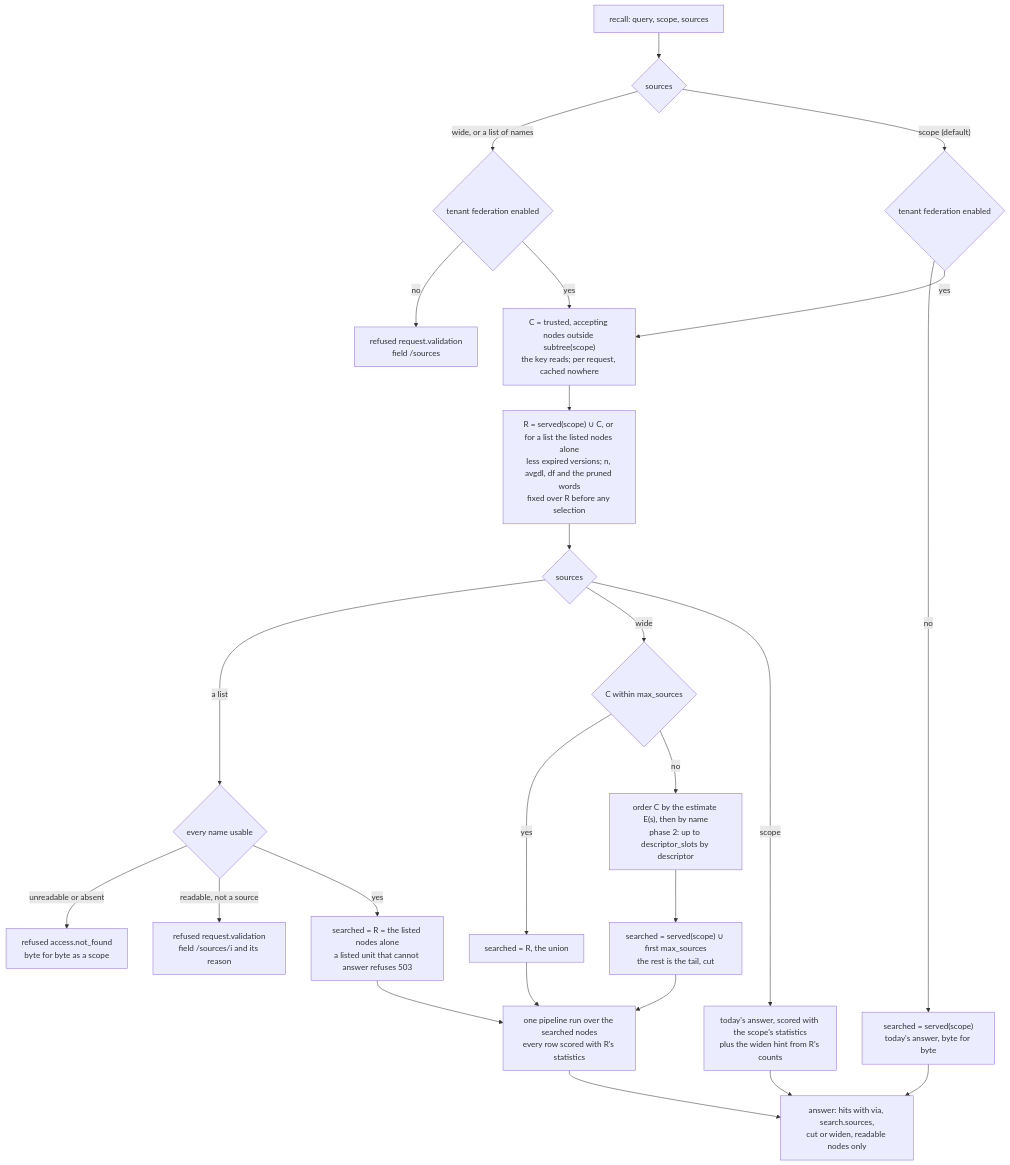
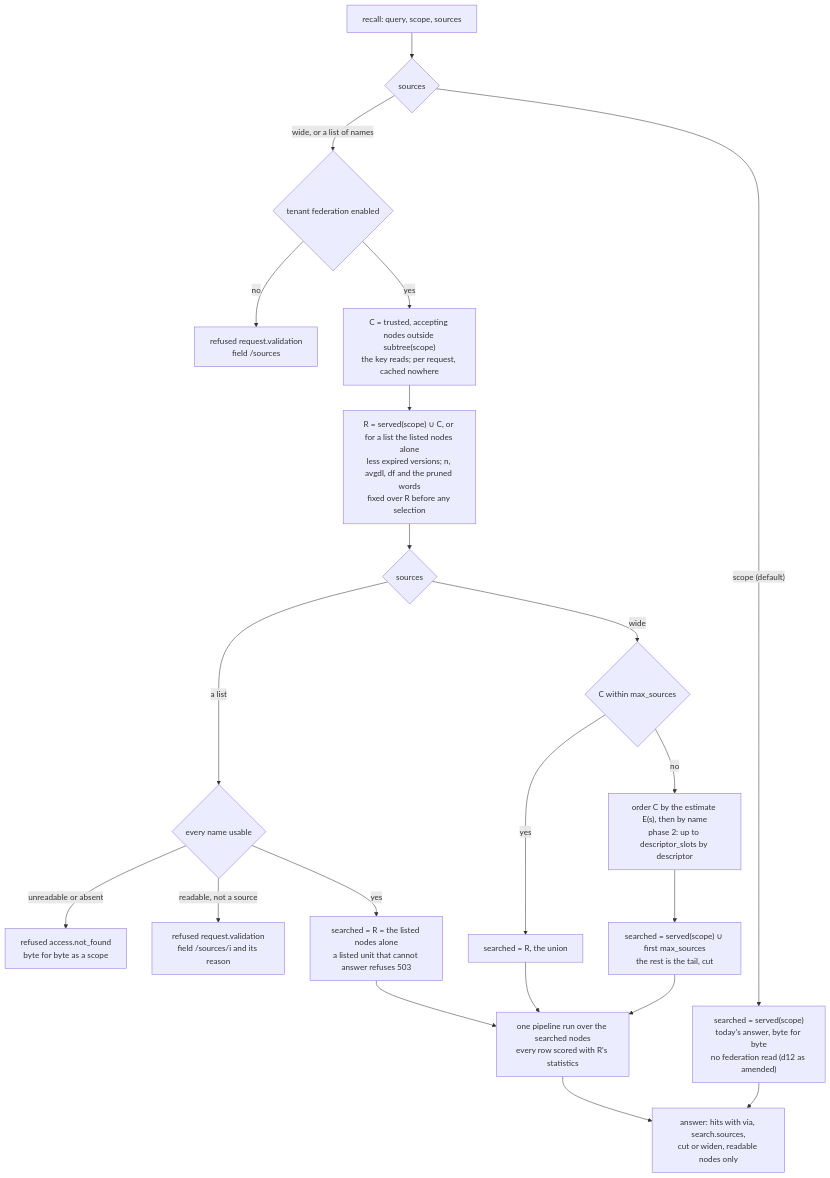
The first of 2 diagrams in docs/adr/ADR-0072-recall-searches-the-trusted-workareas-a-key-already-reads-chosen-per-query-by-reviewed-descriptors-and-never-widens-what-it-may-read.md (e8kor/open-memory-lab), drawn with Mermaid before and after one commit. The commit also changed other lines of this file and 24 other files, not shown here.

Commit message:
perf(recall): a scope recall does no federation work, federation on or off, and the widen hint waits until it can be served for free (ADR-0072 d8, d12, #205)

````diff
--- a/docs/adr/ADR-0072-recall-searches-the-trusted-workareas-a-key-already-reads-chosen-per-query-by-reviewed-descriptors-and-never-widens-what-it-may-read.md
+++ b/docs/adr/ADR-0072-recall-searches-the-trusted-workareas-a-key-already-reads-chosen-per-query-by-reviewed-descriptors-and-never-widens-what-it-may-read.md
@@ -154,27 +154,23 @@
 ```mermaid
 flowchart TD
   Q["recall: query, scope, sources"] --> M{"sources"}
   M -->|"wide, or a list of names"| F{"tenant federation enabled"}
   F -->|no| X["refused request.validation<br/>field /sources"]
   F -->|yes| C["C = trusted, accepting nodes outside subtree(scope)<br/>the key reads; per request, cached nowhere"]
-  M -->|"scope (default)"| SC{"tenant federation enabled"}
-  SC -->|no| S["searched = served(scope)<br/>today's answer, byte for byte"]
-  SC -->|yes| C
+  M -->|"scope (default)"| S["searched = served(scope)<br/>today's answer, byte for byte<br/>no federation read (d12 as amended)"]
   S --> A
   C --> R["R = served(scope) ∪ C, or for a list the listed nodes alone<br/>less expired versions; n, avgdl, df and the pruned words<br/>fixed over R before any selection"]
   R --> L{"sources"}
   L -->|"a list"| V{"every name usable"}
   V -->|"unreadable or absent"| NF["refused access.not_found<br/>byte for byte as a scope"]
   V -->|"readable, not a source"| VR["refused request.validation<br/>field /sources/i and its reason"]
   V -->|yes| SL["searched = R = the listed nodes alone<br/>a listed unit that cannot answer refuses 503"]
   L -->|wide| CAP{"C within max_sources"}
-  L -->|"scope"| WH["today's answer, scored with the scope's statistics<br/>plus the widen hint from R's counts"]
   CAP -->|yes| U["searched = R, the union"]
   CAP -->|no| O["order C by the estimate E(s), then by name<br/>phase 2: up to descriptor_slots by descriptor"]
   O --> T["searched = served(scope) ∪ first max_sources<br/>the rest is the tail, cut"]
   SL --> P["one pipeline run over the searched nodes<br/>every row scored with R's statistics"]
-  WH --> A
   U --> P
   T --> P
   P --> A["answer: hits with via, search.sources,<br/>cut or widen, readable nodes only"]
 ```
````
